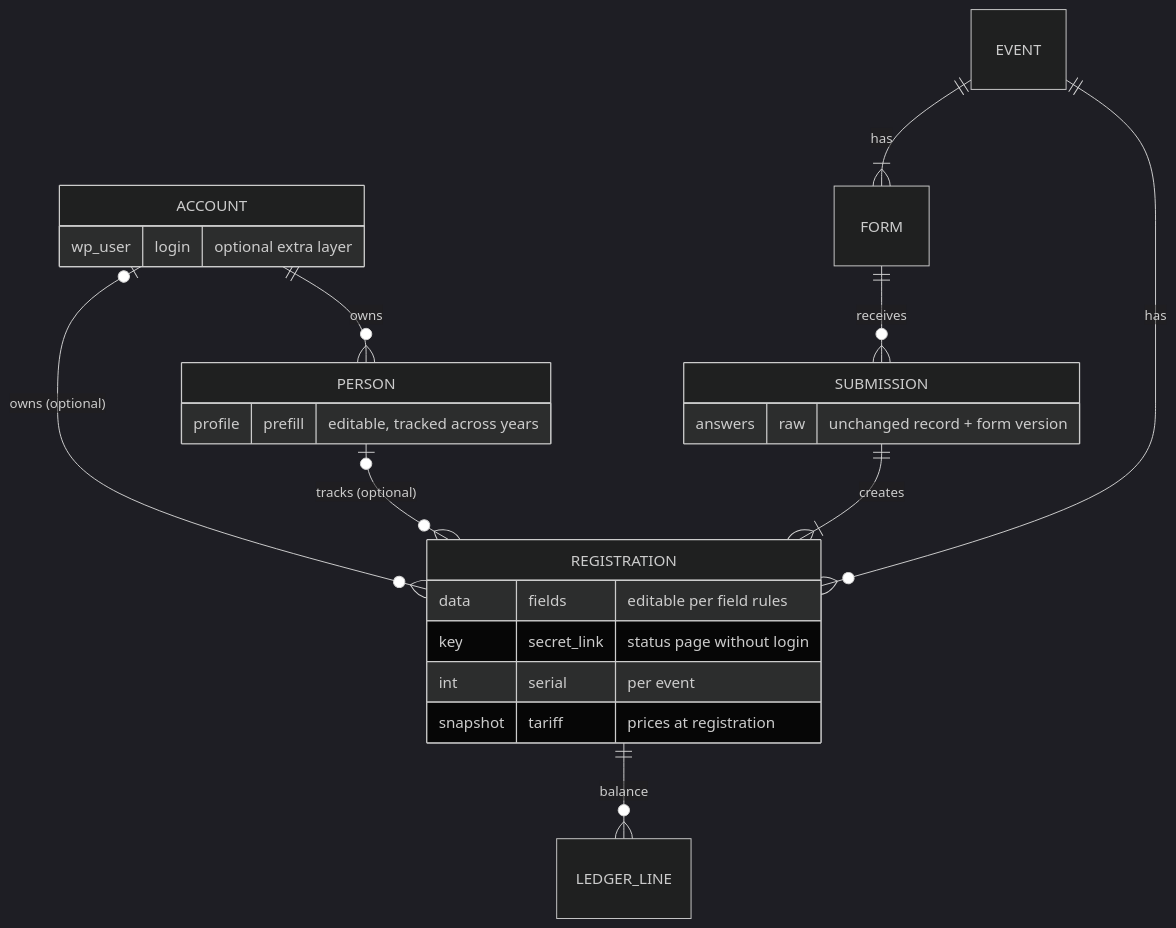
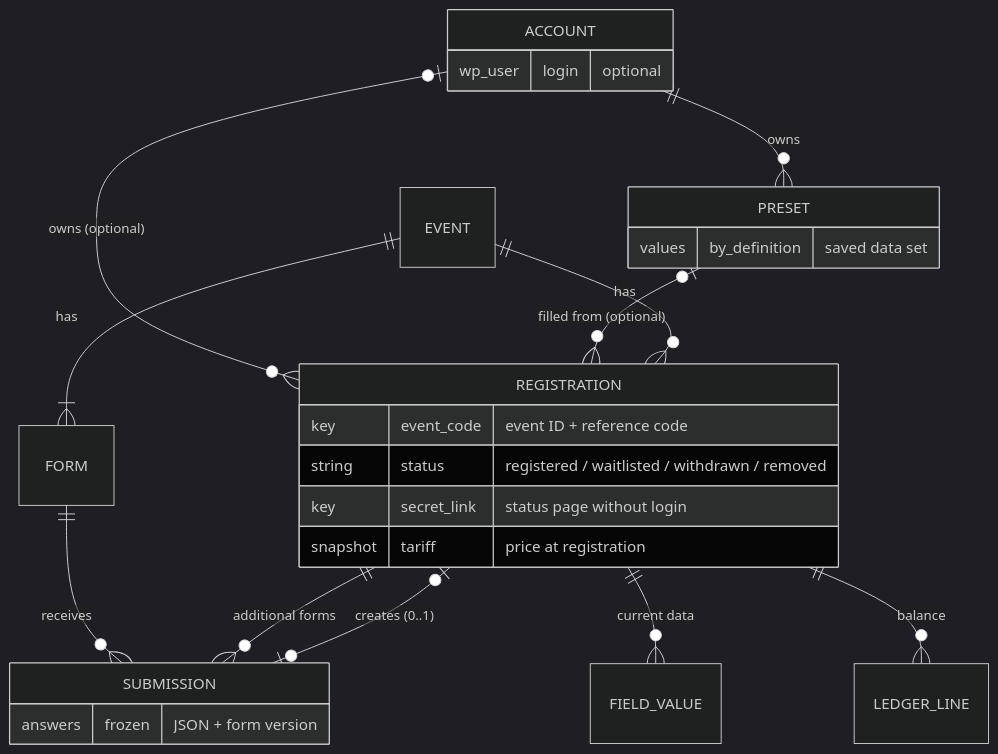
One commit to reformatus/kalaka changed the fourth of 7 diagrams in docs/architecture.md. Above: the diagram before and after it, drawn with Mermaid (dark theme). The commit also changed other lines of this file, not shown here.

First line of the commit message:
Architecture: update to decisions D-039 to D-077

````diff
--- a/docs/architecture.md
+++ b/docs/architecture.md
@@ -137,26 +240,28 @@
 ```mermaid
 erDiagram
-  ACCOUNT ||--o{ PERSON : "owns"
+  ACCOUNT ||--o{ PRESET : "owns"
   ACCOUNT |o--o{ REGISTRATION : "owns (optional)"
-  PERSON |o--o{ REGISTRATION : "tracks (optional)"
+  PRESET |o--o{ REGISTRATION : "filled from (optional)"
   EVENT ||--|{ FORM : "has"
   FORM ||--o{ SUBMISSION : "receives"
-  SUBMISSION ||--|{ REGISTRATION : "creates"
+  SUBMISSION |o--o| REGISTRATION : "creates (0..1)"
+  REGISTRATION ||--o{ SUBMISSION : "additional forms"
   EVENT ||--o{ REGISTRATION : "has"
+  REGISTRATION ||--o{ FIELD_VALUE : "current data"
   REGISTRATION ||--o{ LEDGER_LINE : "balance"
   ACCOUNT {
-    wp_user login "optional extra layer"
+    wp_user login "optional"
   }
-  PERSON {
-    profile prefill "editable, tracked across years"
+  PRESET {
+    values by_definition "saved data set"
   }
   SUBMISSION {
-    answers raw "unchanged record + form version"
+    answers frozen "JSON + form version"
   }
   REGISTRATION {
-    data fields "editable per field rules"
+    key event_code "event ID + reference code"
+    string status "registered / waitlisted / withdrawn / removed"
     key secret_link "status page without login"
-    int serial "per event"
-    snapshot tariff "prices at registration"
+    snapshot tariff "price at registration"
   }
 ```
````
